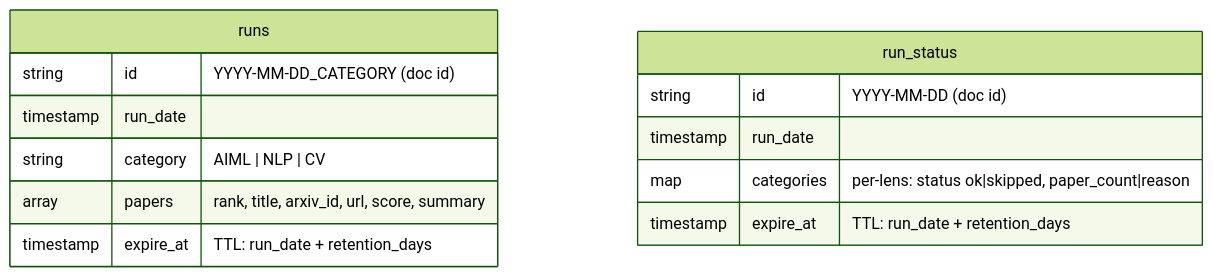
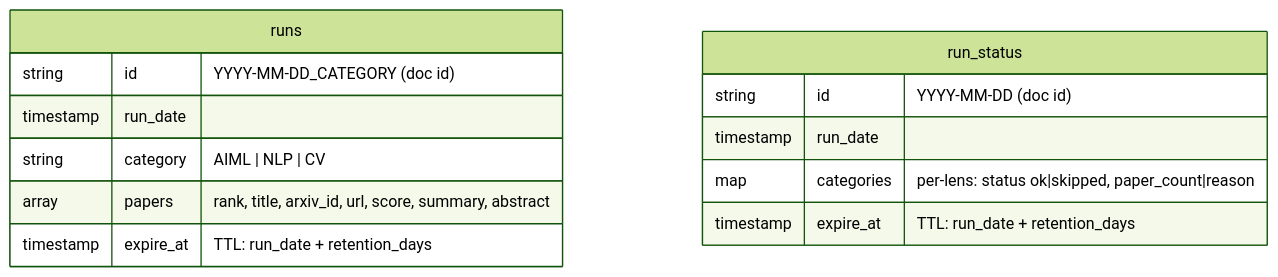
Before and after one commit to vishnuvardhansankoti/feed-mind: the fourth of 4 diagrams in docs/architecture.md, drawn with Mermaid (forest theme). The commit also changed 17 other files, not shown here.

````diff
--- a/docs/architecture.md
+++ b/docs/architecture.md
@@ -122,16 +122,16 @@
 ```mermaid
 erDiagram
     runs {
         string id "YYYY-MM-DD_CATEGORY (doc id)"
         timestamp run_date
         string category "AIML | NLP | CV"
-        array papers "rank, title, arxiv_id, url, score, summary"
+        array papers "rank, title, arxiv_id, url, score, summary, abstract"
         timestamp expire_at "TTL: run_date + retention_days"
     }
     run_status {
         string id "YYYY-MM-DD (doc id)"
         timestamp run_date
         map categories "per-lens: status ok|skipped, paper_count|reason"
         timestamp expire_at "TTL: run_date + retention_days"
     }
 ```
````
